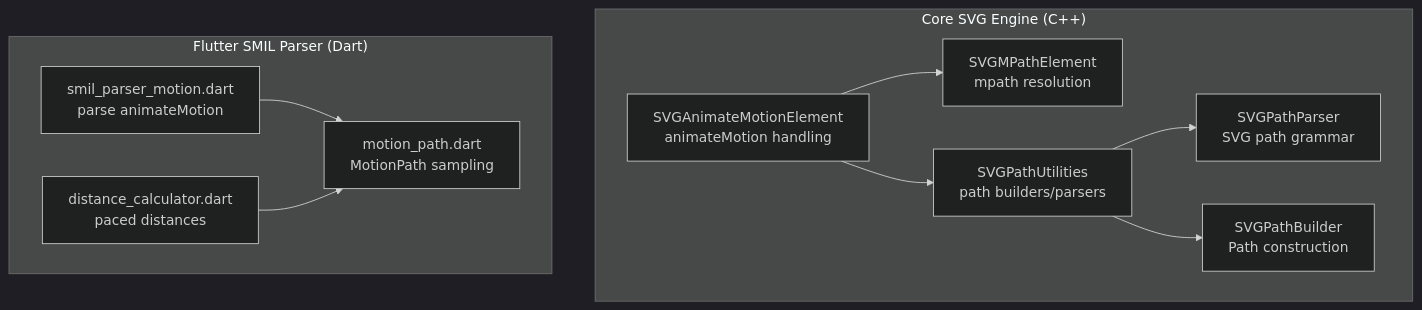
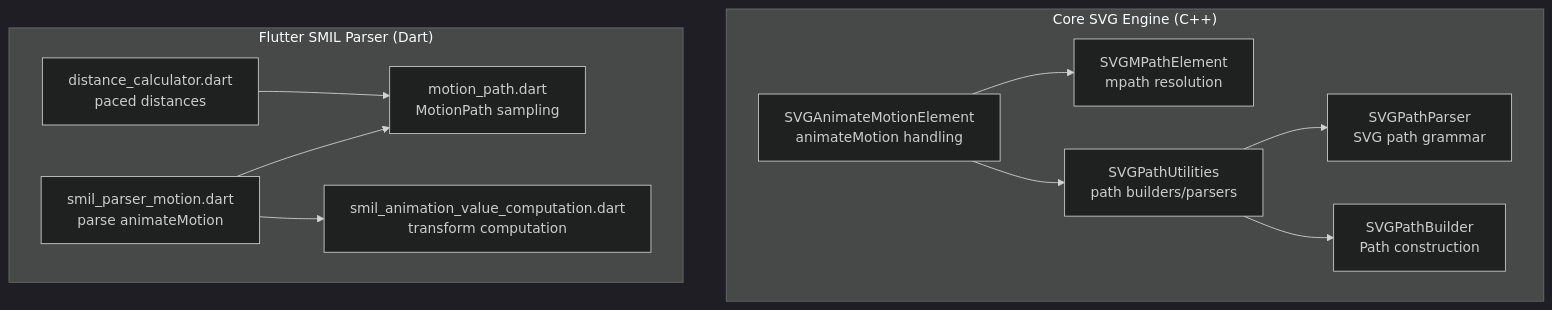
One commit to denisnadey/flutter_full_svg_support changed the first of 7 diagrams in .qoder/repowiki/en/content/Animated SVG Support/SMIL Animation Specification/SMIL Motion Animation.md. Above: the diagram before and after it, drawn with Mermaid (dark theme). The commit also changed other lines of this file and 5 other files, not shown here.

First line of the commit message:
feat(animation): enhance gradient stop-color animation and SMIL motion transform handling

````diff
--- a/.qoder/repowiki/en/content/Animated SVG Support/SMIL Animation Specification/SMIL Motion Animation.md
+++ b/.qoder/repowiki/en/content/Animated SVG Support/SMIL Animation Specification/SMIL Motion Animation.md
@@ -47,21 +56,23 @@
 ```mermaid
 graph TB
 subgraph "Core SVG Engine (C++)"
 AME["SVGAnimateMotionElement<br/>animateMotion handling"]
 MP["SVGMPathElement<br/>mpath resolution"]
 PU["SVGPathUtilities<br/>path builders/parsers"]
 PP["SVGPathParser<br/>SVG path grammar"]
 PB["SVGPathBuilder<br/>Path construction"]
 end
 subgraph "Flutter SMIL Parser (Dart)"
 DParser["smil_parser_motion.dart<br/>parse animateMotion"]
 DPath["motion_path.dart<br/>MotionPath sampling"]
 DDist["distance_calculator.dart<br/>paced distances"]
+DComp["smil_animation_value_computation.dart<br/>transform computation"]
 end
 AME --> MP
 AME --> PU
 PU --> PP
 PU --> PB
 DParser --> DPath
+DParser --> DComp
 DDist --> DPath
 ```
````
